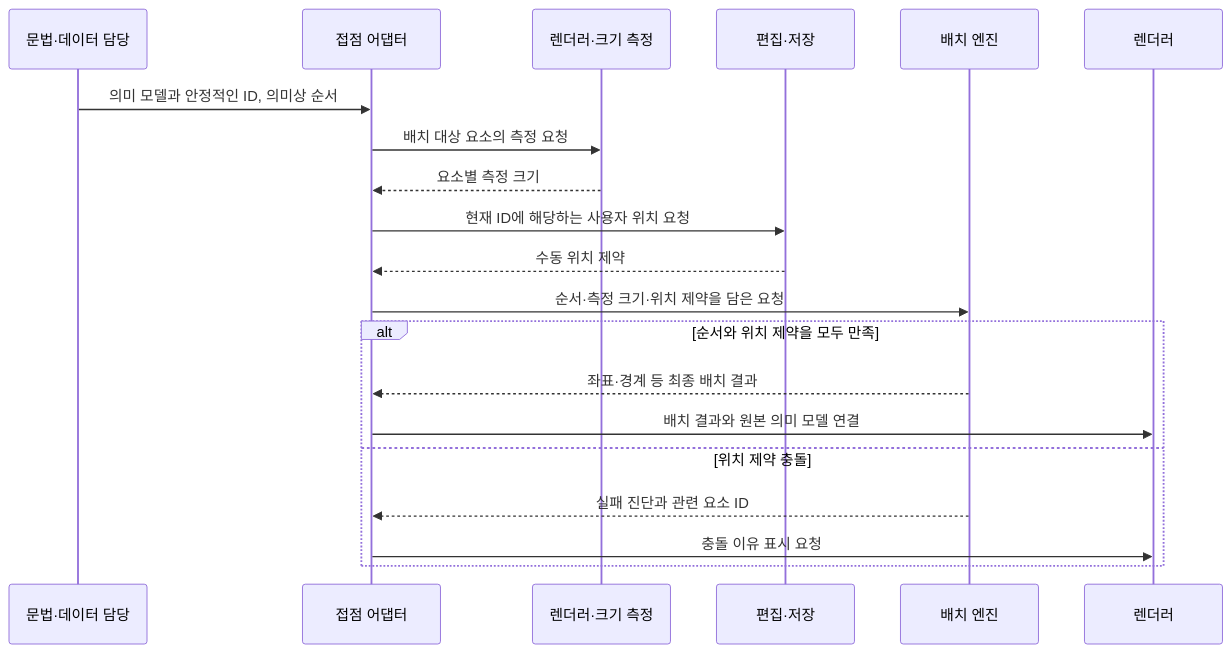
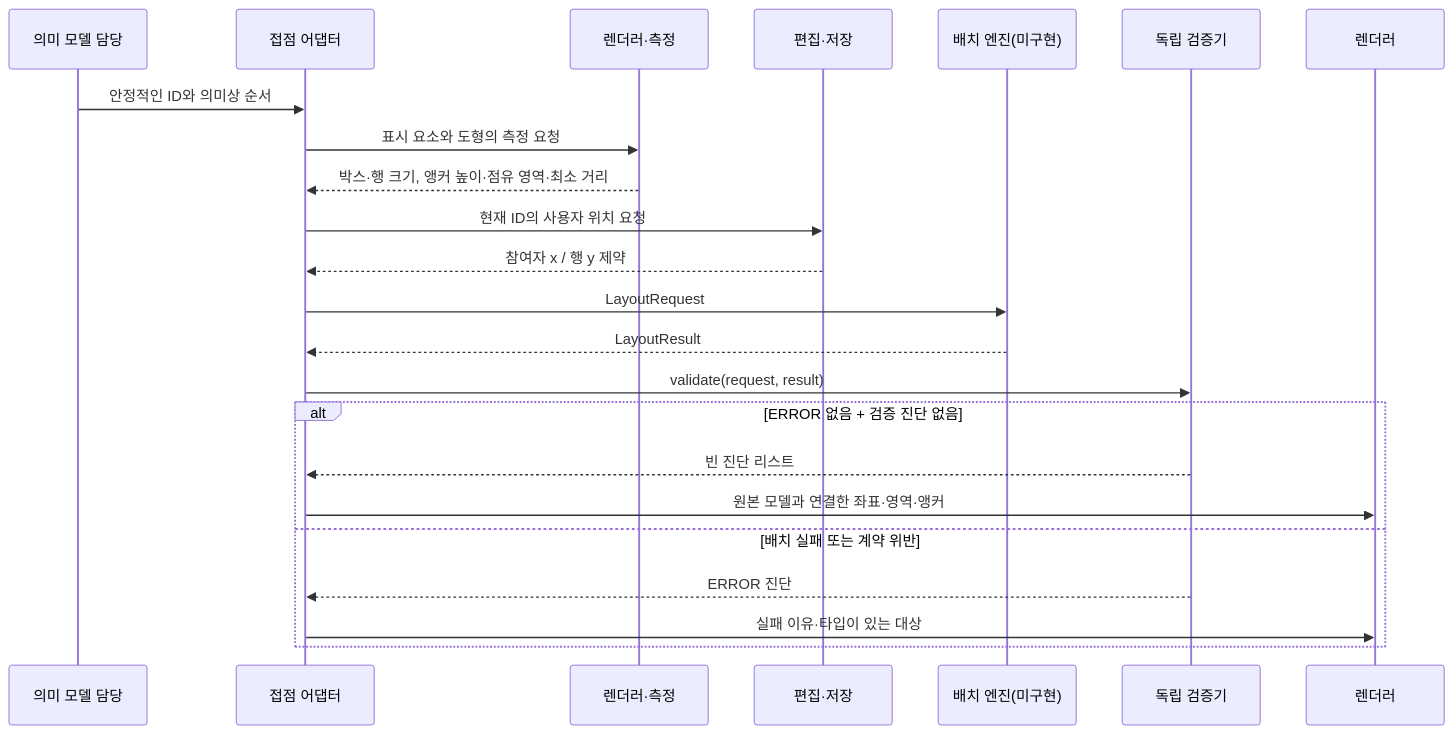
Before and after one commit to rlaqudwn1/SE2_UML: the second of 2 diagrams in docs/INTERFACE_INTEGRATION.md, drawn with Mermaid. The commit also changed other lines of this file and 8 other files, not shown here.

Commit message:
feat: strengthen sequence layout contracts and independent validation

````diff
--- a/docs/INTERFACE_INTEGRATION.md
+++ b/docs/INTERFACE_INTEGRATION.md
@@ -23,22 +28,25 @@
 ```mermaid
 sequenceDiagram
-    participant Model as 문법·데이터 담당
+    participant Model as 의미 모델 담당
     participant Adapter as 접점 어댑터
-    participant Measure as 렌더러·크기 측정
+    participant Measure as 렌더러·측정
     participant Store as 편집·저장
-    participant Layout as 배치 엔진
+    participant Layout as 배치 엔진(미구현)
+    participant Check as 독립 검증기
     participant Render as 렌더러
-    Model->>Adapter: 의미 모델과 안정적인 ID, 의미상 순서
-    Adapter->>Measure: 배치 대상 요소의 측정 요청
-    Measure-->>Adapter: 요소별 측정 크기
-    Adapter->>Store: 현재 ID에 해당하는 사용자 위치 요청
-    Store-->>Adapter: 수동 위치 제약
-    Adapter->>Layout: 순서·측정 크기·위치 제약을 담은 요청
-    alt 순서와 위치 제약을 모두 만족
-        Layout-->>Adapter: 좌표·경계 등 최종 배치 결과
-        Adapter->>Render: 배치 결과와 원본 의미 모델 연결
-    else 위치 제약 충돌
-        Layout-->>Adapter: 실패 진단과 관련 요소 ID
-        Adapter->>Render: 충돌 이유 표시 요청
+    Model->>Adapter: 안정적인 ID와 의미상 순서
+    Adapter->>Measure: 표시 요소와 도형의 측정 요청
+    Measure-->>Adapter: 박스·행 크기, 앵커 높이·점유 영역·최소 거리
+    Adapter->>Store: 현재 ID의 사용자 위치 요청
+    Store-->>Adapter: 참여자 x / 행 y 제약
+    Adapter->>Layout: LayoutRequest
+    Layout-->>Adapter: LayoutResult
+    Adapter->>Check: validate(request, result)
+    alt ERROR 없음 + 검증 진단 없음
+        Check-->>Adapter: 빈 진단 리스트
+        Adapter->>Render: 원본 모델과 연결한 좌표·영역·앵커
+    else 배치 실패 또는 계약 위반
+        Check-->>Adapter: ERROR 진단
+        Adapter->>Render: 실패 이유·타입이 있는 대상
     end
 ```
````
